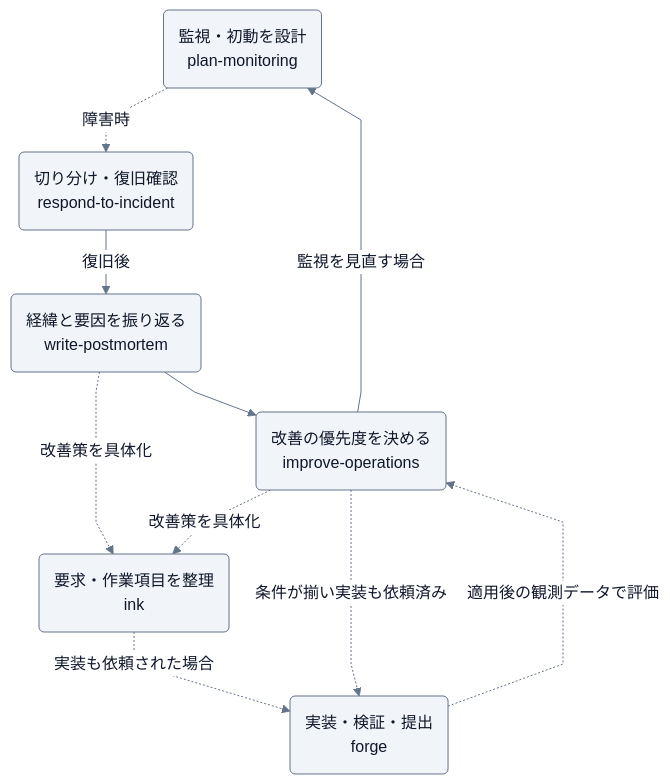
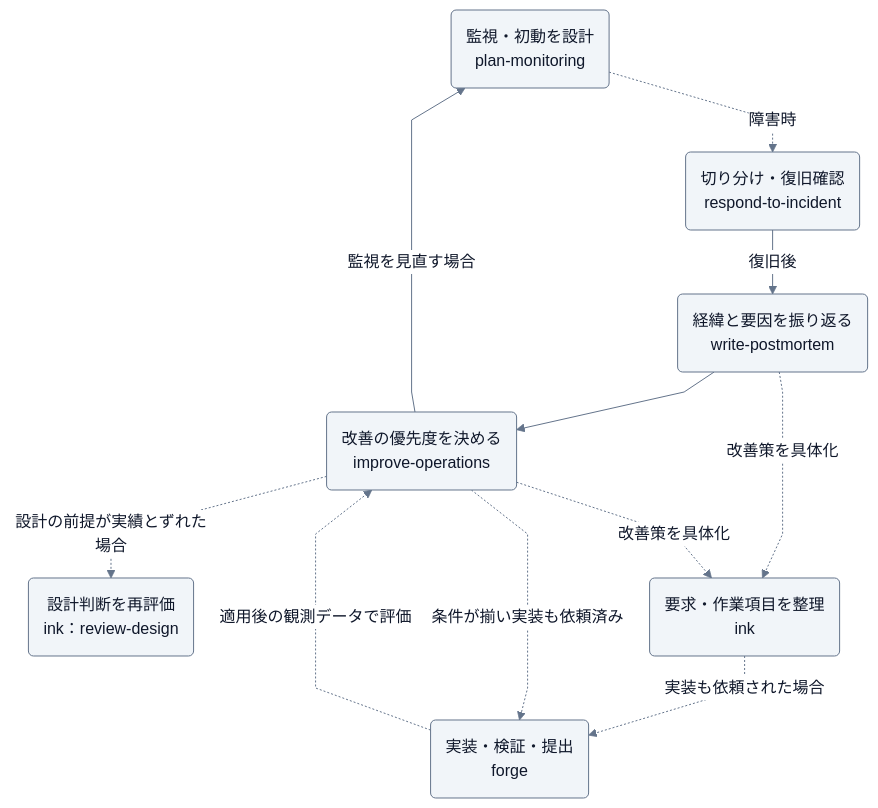
Before and after one commit to Wataru-Toriumi/agent-skills: the first of 2 diagrams in plugins/pulse/README.md, drawn with Mermaid. The commit also changed other lines of this file and 6 other files, not shown here.

````diff
--- a/plugins/pulse/README.md
+++ b/plugins/pulse/README.md
@@ -18,36 +18,37 @@
 ```mermaid
 ---
 config:
   theme: base
   look: classic
   fontFamily: sans-serif
   themeVariables:
     primaryColor: "#F1F5F9"
     primaryTextColor: "#0F172A"
     primaryBorderColor: "#64748B"
     lineColor: "#64748B"
     tertiaryColor: "#F8FAFC"
     clusterBkg: "#F8FAFC"
     clusterBorder: "#CBD5E1"
     edgeLabelBackground: "#FFFFFF"
   flowchart:
     wrappingWidth: 300
     curve: linear
     nodeSpacing: 32
     rankSpacing: 40
 ---
 flowchart TD
     monitoring("監視・初動を設計<br/>plan-monitoring")
     incident("切り分け・復旧確認<br/>respond-to-incident")
     postmortem("経緯と要因を振り返る<br/>write-postmortem")
     improve("改善の優先度を決める<br/>improve-operations")
     monitoring -. 障害時 .-> incident
     incident -->|復旧後| postmortem
     postmortem --> improve
     improve -->|監視を見直す場合| monitoring
+    improve -. 設計の前提が実績とずれた場合 .-> review("設計判断を再評価<br/>ink：review-design")
     postmortem -. 改善策を具体化 .-> item("要求・作業項目を整理<br/>ink")
     improve -. 改善策を具体化 .-> item
     item -. 実装も依頼された場合 .-> implement("実装・検証・提出<br/>forge")
     improve -. 条件が揃い実装も依頼済み .-> implement
     implement -. 適用後の観測データで評価 .-> improve
 ```
````
